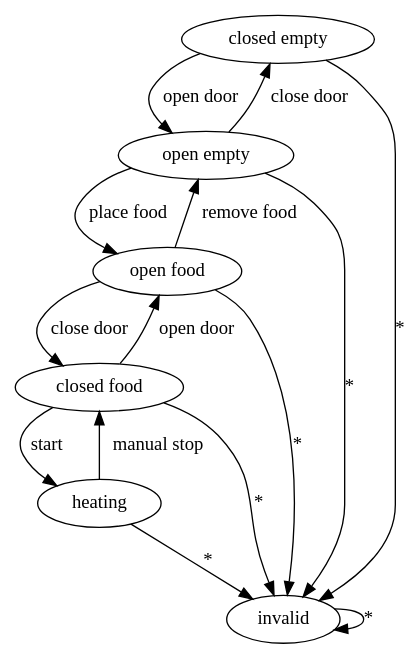
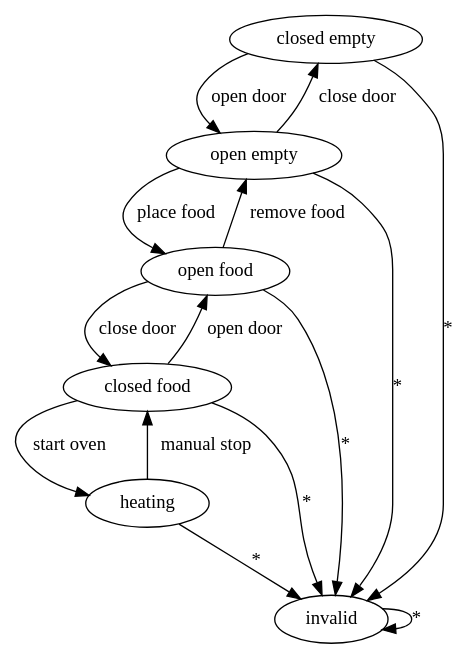
The diagram in Source/Core/src/examples/microwave.dot (liflab/sealtest), drawn with Graphviz before and after one commit. The commit also changed 1 other file, not shown here.

```diff
--- a/Source/Core/src/examples/microwave.dot
+++ b/Source/Core/src/examples/microwave.dot
@@ -1,26 +1,26 @@
 # -----------------------------------
 # Title: Microwave
 # -----------------------------------
 
 digraph {
  0 -> 1 [label="open door"];
  1 -> 0 [label="close door"];
  1 -> 2 [label="place food"];
  2 -> 1 [label="remove food"];
  2 -> 3 [label="close door"];
- 3 -> 4 [label="start"];
+ 3 -> 4 [label="start oven"];
  4 -> 3 [label="manual stop"];
  3 -> 2 [label="open door"];
  0 -> 5 [label="*"];
  1 -> 5 [label="*"];
  2 -> 5 [label="*"];
  3 -> 5 [label="*"];
  4 -> 5 [label="*"];
  5 -> 5 [label="*"];
  0 [label="closed empty"];
  1 [label="open empty"];
  2 [label="open food"];
  3 [label="closed food"]
  4 [label="heating"];
  5 [label="invalid"];
 }
```
